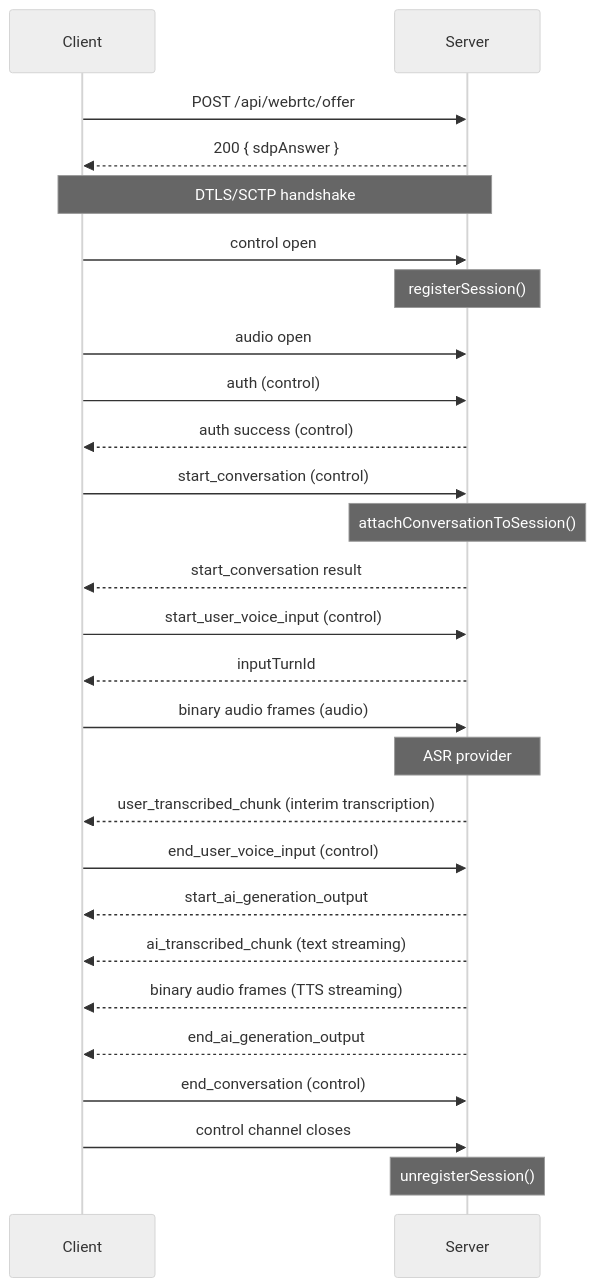
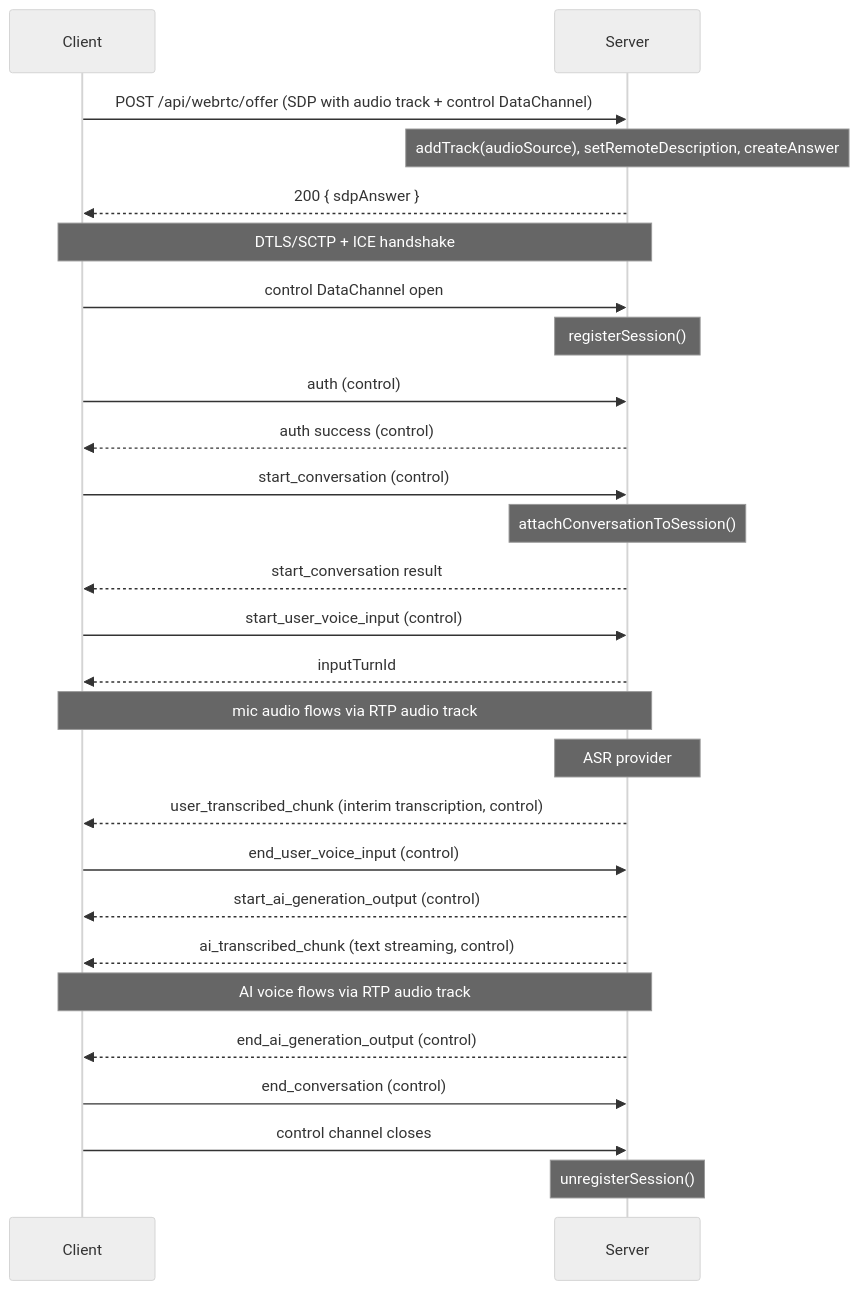
One commit to utter-one/bonsai changed the second of 2 diagrams in docs/guide/webrtc.md. Above: the diagram before and after it, drawn with Mermaid (neutral theme). The commit also changed other lines of this file and 3 other files, not shown here.

Commit message:
feat(webrtc): enhance audio handling with native media tracks and RTCAudio interfaces

````diff
--- a/docs/guide/webrtc.md
+++ b/docs/guide/webrtc.md
@@ -452,29 +398,29 @@
 ```mermaid
 sequenceDiagram
     participant C as Client
     participant S as Server
-    C->>S: POST /api/webrtc/offer
+    C->>S: POST /api/webrtc/offer (SDP with audio track + control DataChannel)
+    Note over S: addTrack(audioSource), setRemoteDescription, createAnswer
     S-->>C: 200 { sdpAnswer }
-    Note over C,S: DTLS/SCTP handshake
-    C->>S: control open
+    Note over C,S: DTLS/SCTP + ICE handshake
+    C->>S: control DataChannel open
     Note over S: registerSession()
-    C->>S: audio open
     C->>S: auth (control)
     S-->>C: auth success (control)
     C->>S: start_conversation (control)
     Note over S: attachConversationToSession()
     S-->>C: start_conversation result
     C->>S: start_user_voice_input (control)
     S-->>C: inputTurnId
-    C->>S: binary audio frames (audio)
+    Note over C,S: mic audio flows via RTP audio track
     Note over S: ASR provider
-    S-->>C: user_transcribed_chunk (interim transcription)
+    S-->>C: user_transcribed_chunk (interim transcription, control)
     C->>S: end_user_voice_input (control)
-    S-->>C: start_ai_generation_output
-    S-->>C: ai_transcribed_chunk (text streaming)
-    S-->>C: binary audio frames (TTS streaming)
-    S-->>C: end_ai_generation_output
+    S-->>C: start_ai_generation_output (control)
+    S-->>C: ai_transcribed_chunk (text streaming, control)
+    Note over C,S: AI voice flows via RTP audio track
+    S-->>C: end_ai_generation_output (control)
     C->>S: end_conversation (control)
     C->>S: control channel closes
     Note over S: unregisterSession()
 ```
````
